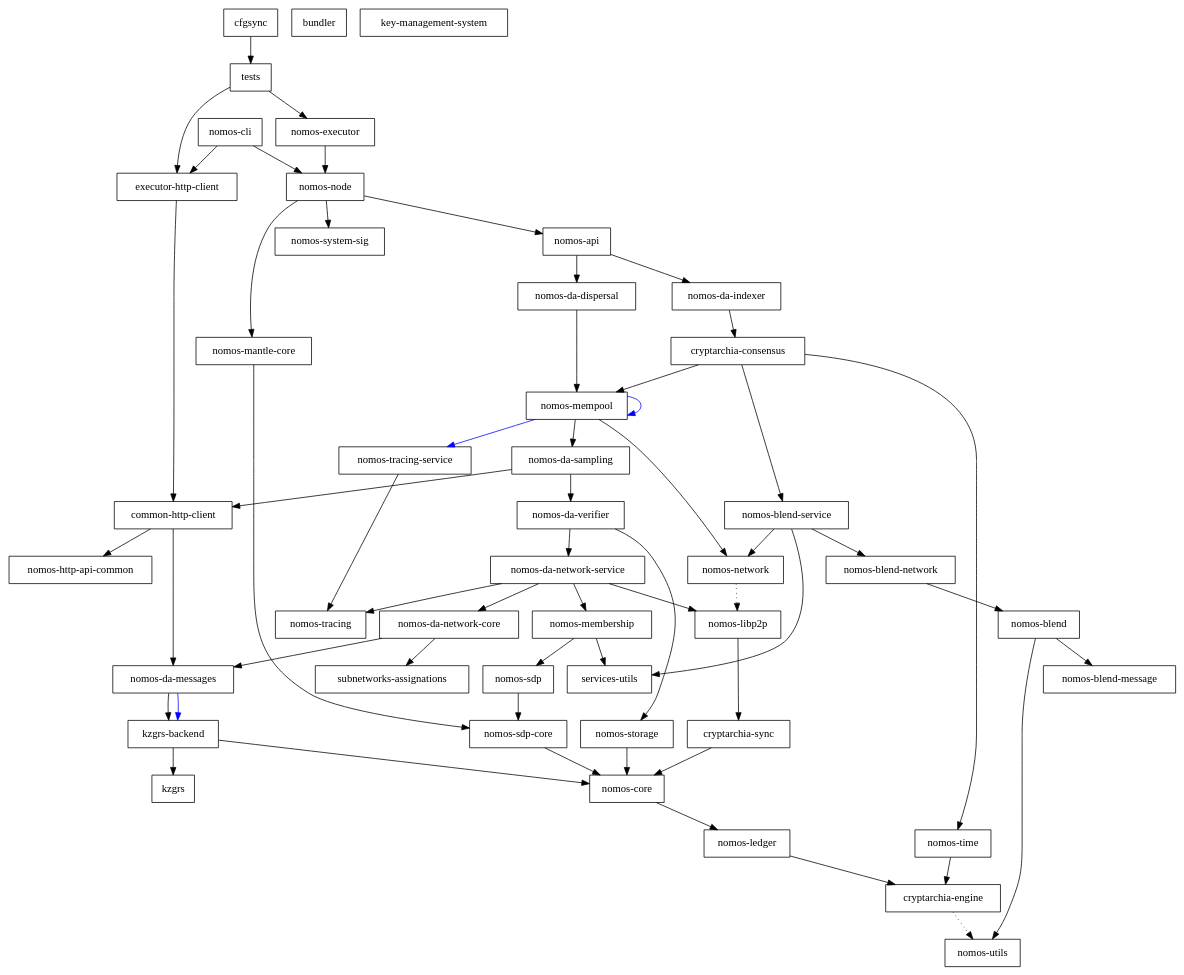
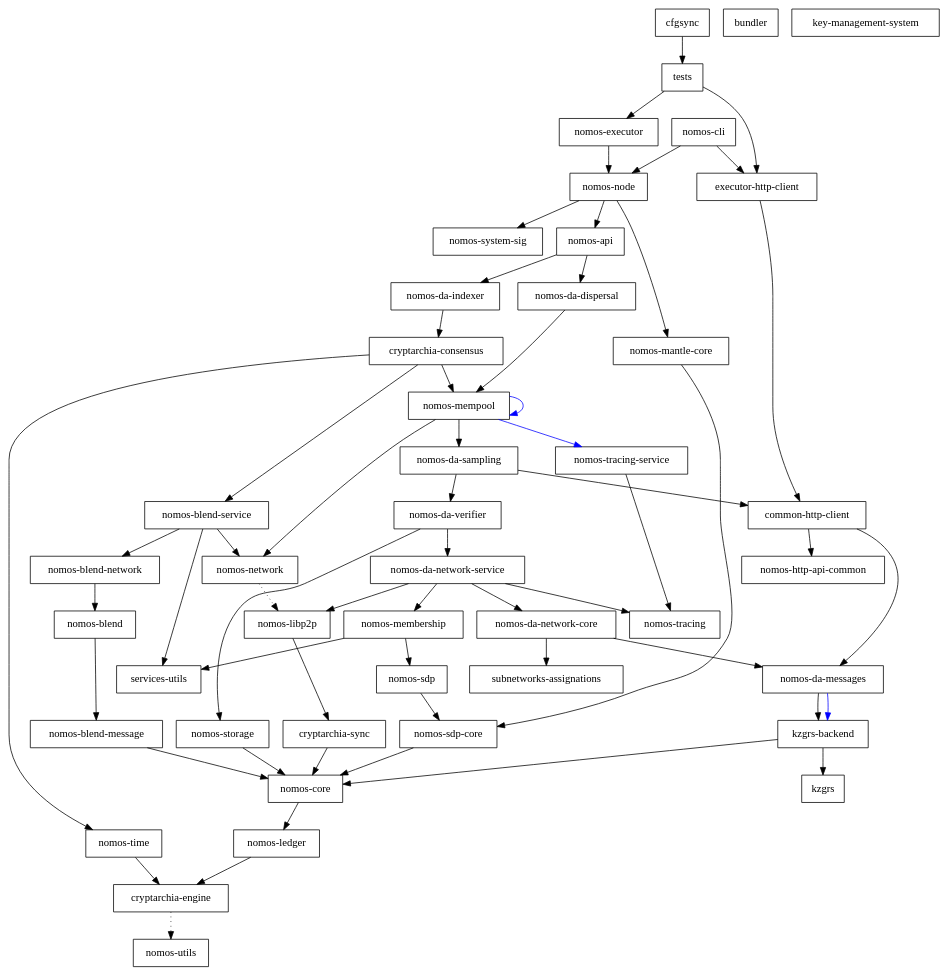
The diagram in dependencies_graph.dot (Astro521/logos-blockchain), drawn with Graphviz before and after one commit. The commit also changed 7 other files, not shown here.

```diff
--- a/dependencies_graph.dot
+++ b/dependencies_graph.dot
@@ -1,103 +1,103 @@
 digraph {
     0 [ label = "cryptarchia-engine" shape = box]
     1 [ label = "nomos-utils" shape = box]
     2 [ label = "cryptarchia-sync" shape = box]
     3 [ label = "nomos-core" shape = box]
     4 [ label = "nomos-ledger" shape = box]
     5 [ label = "nomos-http-api-common" shape = box]
     6 [ label = "nomos-executor" shape = box]
     7 [ label = "kzgrs-backend" shape = box]
     8 [ label = "kzgrs" shape = box]
     9 [ label = "nomos-api" shape = box]
     10 [ label = "cryptarchia-consensus" shape = box]
     11 [ label = "nomos-blend-service" shape = box]
     12 [ label = "nomos-blend" shape = box]
     13 [ label = "nomos-blend-message" shape = box]
     14 [ label = "nomos-blend-network" shape = box]
     15 [ label = "nomos-libp2p" shape = box]
     16 [ label = "nomos-network" shape = box]
     17 [ label = "services-utils" shape = box]
     18 [ label = "nomos-da-sampling" shape = box]
     19 [ label = "common-http-client" shape = box]
     20 [ label = "nomos-da-messages" shape = box]
     21 [ label = "nomos-da-network-core" shape = box]
     22 [ label = "subnetworks-assignations" shape = box]
     23 [ label = "nomos-da-network-service" shape = box]
     24 [ label = "nomos-membership" shape = box]
     25 [ label = "nomos-sdp" shape = box]
     26 [ label = "nomos-sdp-core" shape = box]
     27 [ label = "nomos-tracing" shape = box]
     28 [ label = "nomos-da-verifier" shape = box]
     29 [ label = "nomos-storage" shape = box]
     30 [ label = "nomos-mempool" shape = box]
     31 [ label = "nomos-tracing-service" shape = box]
     32 [ label = "nomos-time" shape = box]
     33 [ label = "nomos-da-dispersal" shape = box]
     34 [ label = "nomos-da-indexer" shape = box]
     35 [ label = "nomos-mantle-core" shape = box]
     36 [ label = "nomos-node" shape = box]
     37 [ label = "nomos-system-sig" shape = box]
     38 [ label = "executor-http-client" shape = box]
     39 [ label = "bundler" shape = box]
     40 [ label = "nomos-cli" shape = box]
     41 [ label = "key-management-system" shape = box]
     42 [ label = "cfgsync" shape = box]
     43 [ label = "tests" shape = box]
     0 -> 1 [ style = dotted]
     2 -> 3 [ ]
     3 -> 4 [ ]
     4 -> 0 [ ]
     6 -> 36 [ ]
     7 -> 8 [ ]
     7 -> 3 [ ]
     9 -> 33 [ ]
     9 -> 34 [ ]
     10 -> 11 [ ]
     10 -> 30 [ ]
     10 -> 32 [ ]
     11 -> 14 [ ]
     11 -> 16 [ ]
     11 -> 17 [ ]
     12 -> 13 [ ]
-    12 -> 1 [ ]
+    13 -> 3 [ ]
     14 -> 12 [ ]
     15 -> 2 [ ]
     16 -> 15 [ style = dotted]
     18 -> 19 [ ]
     18 -> 28 [ ]
     19 -> 20 [ ]
     19 -> 5 [ ]
     20 -> 7 [ ]
     20 -> 7 [ color = blue]
     21 -> 20 [ ]
     21 -> 22 [ ]
     23 -> 21 [ ]
     23 -> 15 [ ]
     23 -> 24 [ ]
     23 -> 27 [ ]
     24 -> 25 [ ]
     24 -> 17 [ ]
     25 -> 26 [ ]
     26 -> 3 [ ]
     28 -> 23 [ ]
     28 -> 29 [ ]
     29 -> 3 [ ]
     30 -> 18 [ ]
     30 -> 30 [ color = blue]
     30 -> 16 [ ]
     30 -> 31 [ color = blue]
     31 -> 27 [ ]
     32 -> 0 [ ]
     33 -> 30 [ ]
     34 -> 10 [ ]
     35 -> 26 [ ]
     36 -> 9 [ ]
     36 -> 35 [ ]
     36 -> 37 [ ]
     38 -> 19 [ ]
     40 -> 38 [ ]
     40 -> 36 [ ]
     42 -> 43 [ ]
     43 -> 38 [ ]
     43 -> 6 [ ]
 }
```
